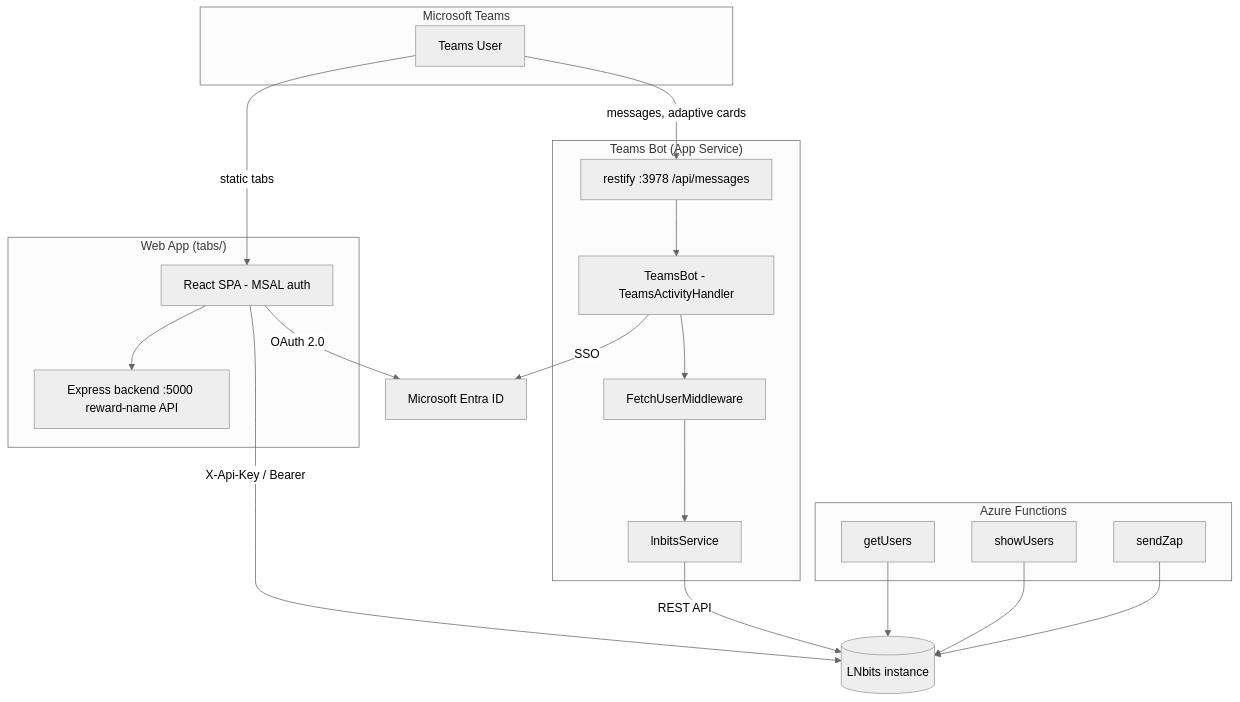
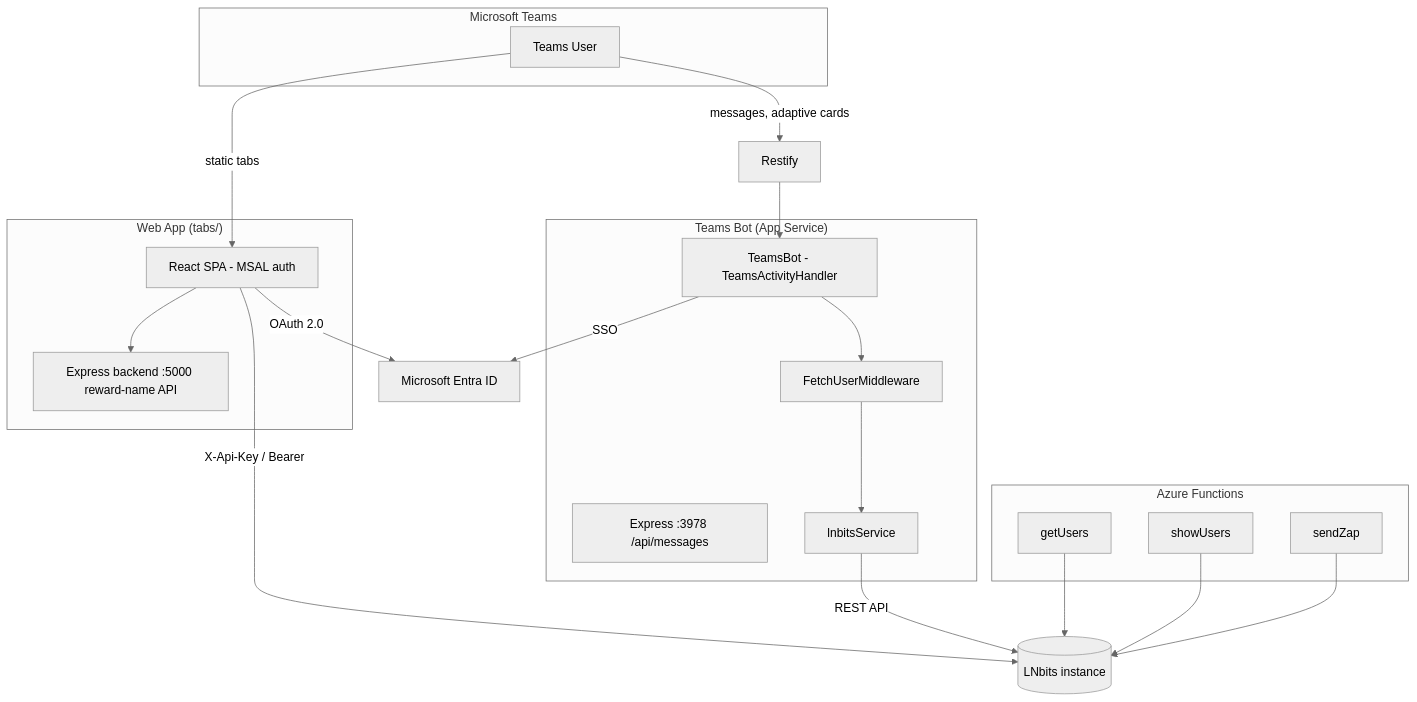
The first of 2 diagrams in docs/SOLUTION_DESIGN.adoc (knowall-ai/zaplie-bot), drawn with Mermaid (neutral theme) before and after one commit. The commit also changed other lines of this file and 4 other files, not shown here.

```diff
--- a/docs/SOLUTION_DESIGN.adoc
+++ b/docs/SOLUTION_DESIGN.adoc
@@ -17,36 +17,36 @@
 [mermaid]
 ....
 flowchart TB
     subgraph Teams["Microsoft Teams"]
         User[Teams User]
     end
     subgraph Bot["Teams Bot (App Service)"]
-        Restify[restify :3978 /api/messages]
+        Express[Express :3978 /api/messages]
         TB[TeamsBot - TeamsActivityHandler]
         MW[FetchUserMiddleware]
         LNS[lnbitsService]
     end
     subgraph Tabs["Web App (tabs/)"]
         CRA[React SPA - MSAL auth]
         BE[Express backend :5000 reward-name API]
     end
     subgraph Func["Azure Functions"]
         F1[getUsers]
         F2[showUsers]
         F3[sendZap]
     end
     LN[(LNbits instance)]
     AAD[Microsoft Entra ID]
 
     User -->|messages, adaptive cards| Restify --> TB
     TB --> MW --> LNS
     User -->|static tabs| CRA
     CRA -->|X-Api-Key / Bearer| LN
     CRA --> BE
     LNS -->|REST API| LN
     F1 --> LN
     F2 --> LN
     F3 --> LN
     CRA -->|OAuth 2.0| AAD
     TB -->|SSO| AAD
 ....
```
